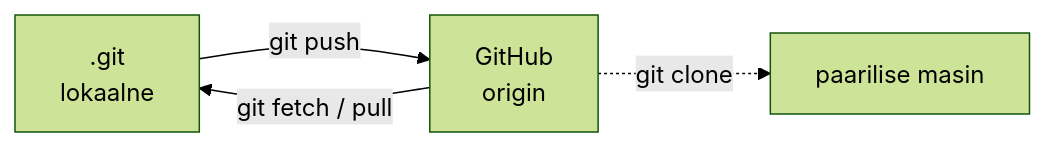
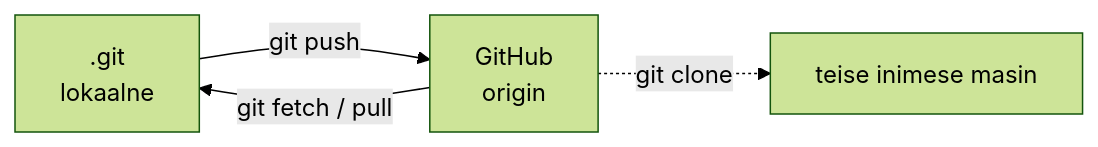
One commit to hkhk-automation/devops changed the third of 4 diagrams in docs/week02/lecture.md. Above: the diagram before and after it, drawn with Mermaid (forest theme). The commit also changed other lines of this file and 12 other files, not shown here.

````diff
--- a/docs/week02/lecture.md
+++ b/docs/week02/lecture.md
@@ -158,6 +150,6 @@
 ```mermaid
 flowchart LR
     LOCAL[".git<br/>lokaalne"] -->|git push| REMOTE["GitHub<br/>origin"]
     REMOTE -->|git fetch / pull| LOCAL
-    REMOTE -.->|git clone| OTHER["paarilise masin"]
+    REMOTE -.->|git clone| OTHER["teise inimese masin"]
 ```
````
